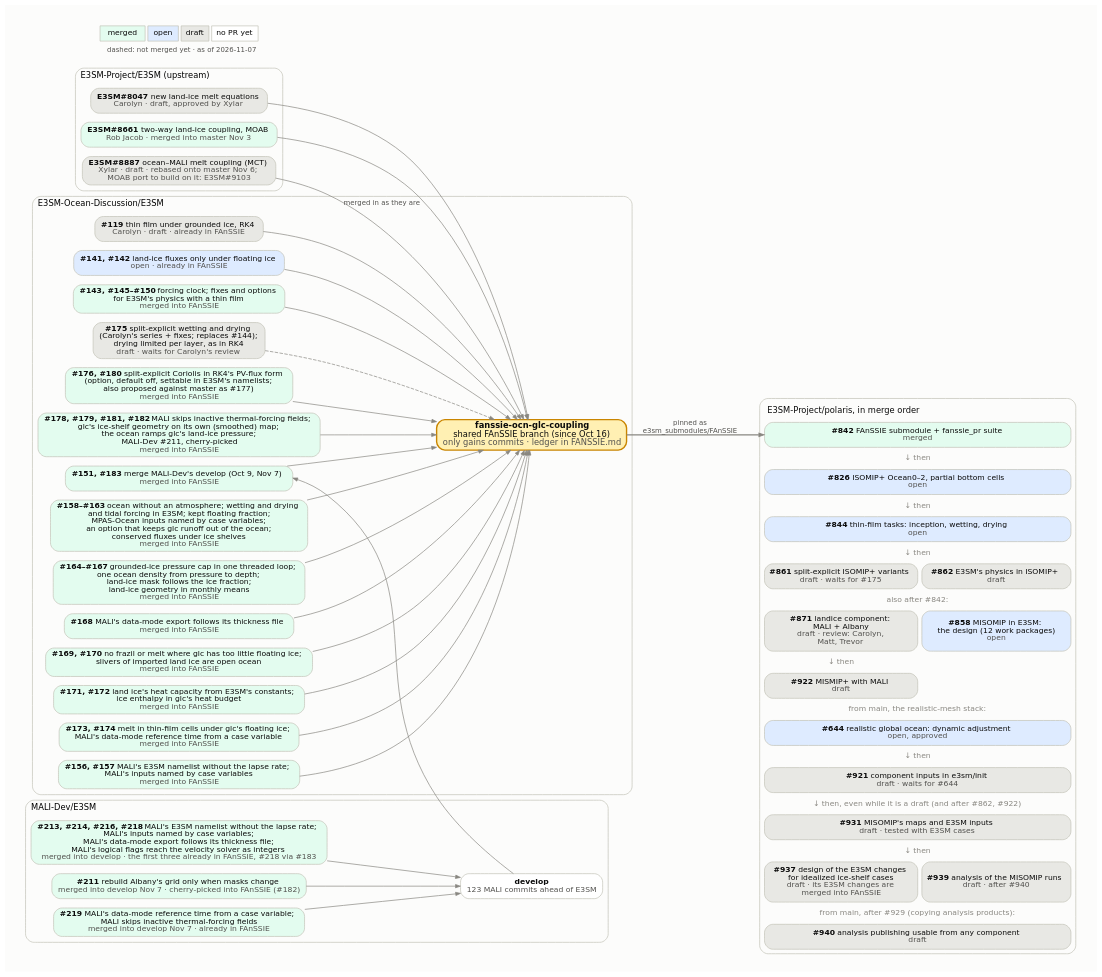
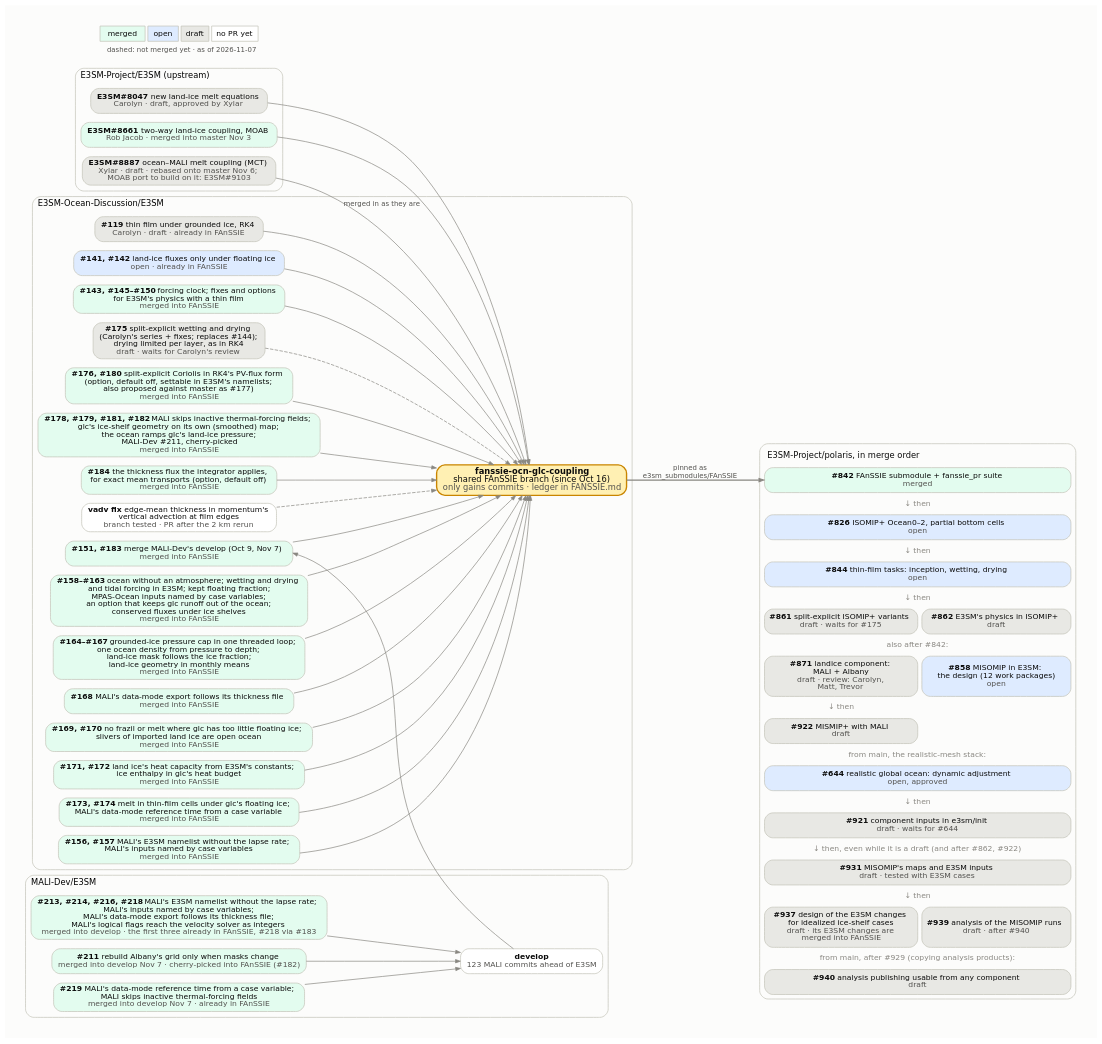
One commit to E3SM-Project/polaris changed the diagram in docs/design_docs/misomip/code_flow.dot. Above: the diagram before and after it, drawn with Graphviz. The commit also changed 3 other files, not shown here.

```diff
--- a/docs/design_docs/misomip/code_flow.dot
+++ b/docs/design_docs/misomip/code_flow.dot
@@ -1,121 +1,125 @@
 // How the upstream E3SM PRs, the E3SM-Ocean-Discussion PRs, the
 // fanssie-ocn-glc-coupling branch and the Polaris PRs fit together.
 //
 // Regenerate with Graphviz 14 (Chrysalis's /usr/bin/dot 2.40 lays it out
 // wider), with the text drawn as paths so it looks the same everywhere:
 //
 //     pixi exec -s graphviz dot -Tsvg:cairo code_flow.dot -o code_flow.svg
 //
 // Fill by state: merged #e3fcef, open #deebff, draft #e8e8e4, no PR yet
 // #ffffff. Dashed edges into the FAnSSIE branch mark PRs not merged into it
 // yet. The Polaris side is one HTML-table node, in merge order, because
 // Graphviz would not keep separate boxes in that order. Update the date in
 // the legend.
 digraph fanssie {
   rankdir=LR;
   bgcolor="#fcfcfb";
   pad=0.3;
   nodesep=0.18;
   ranksep=0.7;
   fontname="DejaVu Sans";
   node [shape=box, style="rounded,filled", fontname="DejaVu Sans",
         fontsize=11, color="#c3c2b7", fontcolor="#0b0b0b", penwidth=1,
         margin="0.12,0.06"];
   edge [color="#898781", arrowsize=0.7, fontname="DejaVu Sans",
         fontsize=10, fontcolor="#52514e"];
 
   subgraph cluster_upstream {
     label="E3SM-Project/E3SM (upstream)";
     labeljust=l; fontsize=12; color="#c3c2b7"; style="rounded";
     e8047 [label=<<b>E3SM#8047</b>  new land-ice melt equations<br/><font color="#52514e">Carolyn · draft, approved by Xylar</font>>, fillcolor="#e8e8e4"];
     e8661 [label=<<b>E3SM#8661</b>  two-way land-ice coupling, MOAB<br/><font color="#52514e">Rob Jacob · merged into master Nov 3</font>>, fillcolor="#e3fcef"];
     e8887 [label=<<b>E3SM#8887</b>  ocean–MALI melt coupling (MCT)<br/><font color="#52514e">Xylar · draft · rebased onto master Nov 6;<br/>MOAB port to build on it: E3SM#9103</font>>, fillcolor="#e8e8e4"];
   }
 
   subgraph cluster_malidev {
     label="MALI-Dev/E3SM";
     labeljust=l; fontsize=12; color="#c3c2b7"; style="rounded";
     malidev [label=<<b>develop</b><br/><font color="#52514e">123 MALI commits ahead of E3SM</font>>, fillcolor="#ffffff"];
     m213 [label=<<b>#213, #214, #216, #218</b>  MALI's E3SM namelist without the lapse rate;<br/>MALI's inputs named by case variables;<br/>MALI's data-mode export follows its thickness file;<br/>MALI's logical flags reach the velocity solver as integers<br/><font color="#52514e">merged into develop · the first three already in FAnSSIE, #218 via #183</font>>, fillcolor="#e3fcef"];
     m211 [label=<<b>#211</b>  rebuild Albany's grid only when masks change<br/><font color="#52514e">merged into develop Nov 7 · cherry-picked into FAnSSIE (#182)</font>>, fillcolor="#e3fcef"];
     m219 [label=<<b>#219</b>  MALI's data-mode reference time from a case variable;<br/>MALI skips inactive thermal-forcing fields<br/><font color="#52514e">merged into develop Nov 7 · already in FAnSSIE</font>>, fillcolor="#e3fcef"];
   }
 
   subgraph cluster_eod {
     label="E3SM-Ocean-Discussion/E3SM";
     labeljust=l; fontsize=12; color="#c3c2b7"; style="rounded";
     d119 [label=<<b>#119</b>  thin film under grounded ice, RK4<br/><font color="#52514e">Carolyn · draft · already in FAnSSIE</font>>, fillcolor="#e8e8e4"];
     d141 [label=<<b>#141, #142</b>  land-ice fluxes only under floating ice<br/><font color="#52514e">open · already in FAnSSIE</font>>, fillcolor="#deebff"];
     d143 [label=<<b>#143, #145–#150</b>  forcing clock; fixes and options<br/>for E3SM's physics with a thin film<br/><font color="#52514e">merged into FAnSSIE</font>>, fillcolor="#e3fcef"];
     d175 [label=<<b>#175</b>  split-explicit wetting and drying<br/>(Carolyn's series + fixes; replaces #144);<br/>drying limited per layer, as in RK4<br/><font color="#52514e">draft · waits for Carolyn's review</font>>, fillcolor="#e8e8e4"];
     d176 [label=<<b>#176, #180</b>  split-explicit Coriolis in RK4's PV-flux form<br/>(option, default off, settable in E3SM's namelists;<br/>also proposed against master as #177)<br/><font color="#52514e">merged into FAnSSIE</font>>, fillcolor="#e3fcef"];
     d178 [label=<<b>#178, #179, #181, #182</b>  MALI skips inactive thermal-forcing fields;<br/>glc's ice-shelf geometry on its own (smoothed) map;<br/>the ocean ramps glc's land-ice pressure;<br/>MALI-Dev #211, cherry-picked<br/><font color="#52514e">merged into FAnSSIE</font>>, fillcolor="#e3fcef"];
+    d184 [label=<<b>#184</b>  the thickness flux the integrator applies,<br/>for exact mean transports (option, default off)<br/><font color="#52514e">merged into FAnSSIE</font>>, fillcolor="#e3fcef"];
+    dvadv [label=<<b>vadv fix</b>  edge-mean thickness in momentum's<br/>vertical advection at film edges<br/><font color="#52514e">branch tested · PR after the 2 km rerun</font>>, fillcolor="#ffffff"];
     d151 [label=<<b>#151, #183</b>  merge MALI-Dev's develop (Oct 9, Nov 7)<br/><font color="#52514e">merged into FAnSSIE</font>>, fillcolor="#e3fcef"];
     d158 [label=<<b>#158–#163</b>  ocean without an atmosphere; wetting and drying<br/>and tidal forcing in E3SM; kept floating fraction;<br/>MPAS-Ocean inputs named by case variables;<br/>an option that keeps glc runoff out of the ocean;<br/>conserved fluxes under ice shelves<br/><font color="#52514e">merged into FAnSSIE</font>>, fillcolor="#e3fcef"];
     d164 [label=<<b>#164–#167</b>  grounded-ice pressure cap in one threaded loop;<br/>one ocean density from pressure to depth;<br/>land-ice mask follows the ice fraction;<br/>land-ice geometry in monthly means<br/><font color="#52514e">merged into FAnSSIE</font>>, fillcolor="#e3fcef"];
     d168 [label=<<b>#168</b>  MALI's data-mode export follows its thickness file<br/><font color="#52514e">merged into FAnSSIE</font>>, fillcolor="#e3fcef"];
     d169 [label=<<b>#169, #170</b>  no frazil or melt where glc has too little floating ice;<br/>slivers of imported land ice are open ocean<br/><font color="#52514e">merged into FAnSSIE</font>>, fillcolor="#e3fcef"];
     d171 [label=<<b>#171, #172</b>  land ice's heat capacity from E3SM's constants;<br/>ice enthalpy in glc's heat budget<br/><font color="#52514e">merged into FAnSSIE</font>>, fillcolor="#e3fcef"];
     d173 [label=<<b>#173, #174</b>  melt in thin-film cells under glc's floating ice;<br/>MALI's data-mode reference time from a case variable<br/><font color="#52514e">merged into FAnSSIE</font>>, fillcolor="#e3fcef"];
     d156 [label=<<b>#156, #157</b>  MALI's E3SM namelist without the lapse rate;<br/>MALI's inputs named by case variables<br/><font color="#52514e">merged into FAnSSIE</font>>, fillcolor="#e3fcef"];
     fanssie [label=<<b>fanssie-ocn-glc-coupling</b><br/>shared FAnSSIE branch (since Oct 16)<br/><font color="#52514e">only gains commits · ledger in FANSSIE.md</font>>,
              fillcolor="#fff0b3", penwidth=2, color="#c98500", fontsize=12];
   }
 
   polaris [shape=plaintext, style="", label=<
     <table border="1" color="#c3c2b7" style="rounded" cellborder="1" cellspacing="6" cellpadding="4" bgcolor="#fcfcfb">
       <tr><td border="0" colspan="2" align="left"><font point-size="12">E3SM-Project/polaris, in merge order</font></td></tr>
       <tr><td port="p842" bgcolor="#e3fcef" colspan="2" style="rounded" cellpadding="6"><b>#842</b>  FAnSSIE submodule + fanssie_pr suite<br/><font color="#52514e">merged</font></td></tr>
       <tr><td border="0" colspan="2"><font color="#898781">↓ then</font></td></tr>
       <tr><td port="p826" bgcolor="#deebff" colspan="2" style="rounded" cellpadding="6"><b>#826</b>  ISOMIP+ Ocean0–2, partial bottom cells<br/><font color="#52514e">open</font></td></tr>
       <tr><td border="0" colspan="2"><font color="#898781">↓ then</font></td></tr>
       <tr><td port="p844" bgcolor="#deebff" colspan="2" style="rounded" cellpadding="6"><b>#844</b>  thin-film tasks: inception, wetting, drying<br/><font color="#52514e">open</font></td></tr>
       <tr><td border="0" colspan="2"><font color="#898781">↓ then</font></td></tr>
       <tr><td port="p861" bgcolor="#e8e8e4" colspan="1" style="rounded" cellpadding="6"><b>#861</b>  split-explicit ISOMIP+ variants<br/><font color="#52514e">draft · waits for #175</font></td><td port="p862" bgcolor="#e8e8e4" colspan="1" style="rounded" cellpadding="6"><b>#862</b>  E3SM's physics in ISOMIP+<br/><font color="#52514e">draft</font></td></tr>
       <tr><td border="0" colspan="2"><font color="#898781">also after #842:</font></td></tr>
       <tr><td port="p871" bgcolor="#e8e8e4" colspan="1" style="rounded" cellpadding="6"><b>#871</b>  landice component:<br/>MALI + Albany<br/><font color="#52514e">draft · review: Carolyn,<br/>Matt, Trevor</font></td><td port="p858" bgcolor="#deebff" colspan="1" style="rounded" cellpadding="6"><b>#858</b>  MISOMIP in E3SM:<br/>the design (12 work packages)<br/><font color="#52514e">open</font></td></tr>
       <tr><td border="0" colspan="1"><font color="#898781">↓ then</font></td><td border="0" colspan="1"></td></tr>
       <tr><td port="p922" bgcolor="#e8e8e4" colspan="1" style="rounded" cellpadding="6"><b>#922</b>  MISMIP+ with MALI<br/><font color="#52514e">draft</font></td><td border="0" colspan="1"></td></tr>
       <tr><td border="0" colspan="2"><font color="#898781">from main, the realistic-mesh stack:</font></td></tr>
       <tr><td port="p644" bgcolor="#deebff" colspan="2" style="rounded" cellpadding="6"><b>#644</b>  realistic global ocean: dynamic adjustment<br/><font color="#52514e">open, approved</font></td></tr>
       <tr><td border="0" colspan="2"><font color="#898781">↓ then</font></td></tr>
       <tr><td port="p921" bgcolor="#e8e8e4" colspan="2" style="rounded" cellpadding="6"><b>#921</b>  component inputs in e3sm/init<br/><font color="#52514e">draft · waits for #644</font></td></tr>
       <tr><td border="0" colspan="2"><font color="#898781">↓ then, even while it is a draft (and after #862, #922)</font></td></tr>
       <tr><td port="pwp56" bgcolor="#e8e8e4" colspan="2" style="rounded" cellpadding="6"><b>#931</b>  MISOMIP's maps and E3SM inputs<br/><font color="#52514e">draft · tested with E3SM cases</font></td></tr>
       <tr><td border="0" colspan="2"><font color="#898781">↓ then</font></td></tr>
       <tr><td port="pwp7" bgcolor="#e8e8e4" colspan="1" style="rounded" cellpadding="6"><b>#937</b>  design of the E3SM changes<br/>for idealized ice-shelf cases<br/><font color="#52514e">draft · its E3SM changes are<br/>merged into FAnSSIE</font></td><td port="pwp9" bgcolor="#e8e8e4" colspan="1" style="rounded" cellpadding="6"><b>#939</b>  analysis of the MISOMIP runs<br/><font color="#52514e">draft · after #940</font></td></tr>
       <tr><td border="0" colspan="2"><font color="#898781">from main, after #929 (copying analysis products):</font></td></tr>
       <tr><td port="p940" bgcolor="#e8e8e4" colspan="2" style="rounded" cellpadding="6"><b>#940</b>  analysis publishing usable from any component<br/><font color="#52514e">draft</font></td></tr>
     </table>>];
 
   e8047 -> fanssie;
   e8661 -> fanssie;
   e8887 -> fanssie [label="merged in as they are"];
   d119 -> fanssie;
   d141 -> fanssie;
   d143 -> fanssie;
   d175 -> fanssie [style=dashed];
   m211 -> malidev;
   m213 -> malidev;
   m219 -> malidev;
   d156 -> fanssie;
   d158 -> fanssie;
   d164 -> fanssie;
   d168 -> fanssie;
   d169 -> fanssie;
   d171 -> fanssie;
   d173 -> fanssie;
   d176 -> fanssie;
   d178 -> fanssie;
+  d184 -> fanssie;
+  dvadv -> fanssie [style=dashed];
   malidev -> d151 [constraint=false];
   d151 -> fanssie;
 
   fanssie -> polaris:p842 [label="pinned as
 e3sm_submodules/FAnSSIE", penwidth=1.5];
 
   legend [shape=plaintext, style="", label=<
     <table border="0" cellborder="1" cellspacing="4" cellpadding="4" color="#c3c2b7">
       <tr><td bgcolor="#e3fcef">merged</td><td bgcolor="#deebff">open</td><td bgcolor="#e8e8e4">draft</td><td bgcolor="#ffffff">no PR yet</td></tr>
       <tr><td colspan="4" border="0"><font point-size="10" color="#52514e">dashed: not merged yet · as of 2026-11-07</font></td></tr>
     </table>>];
 }
```
